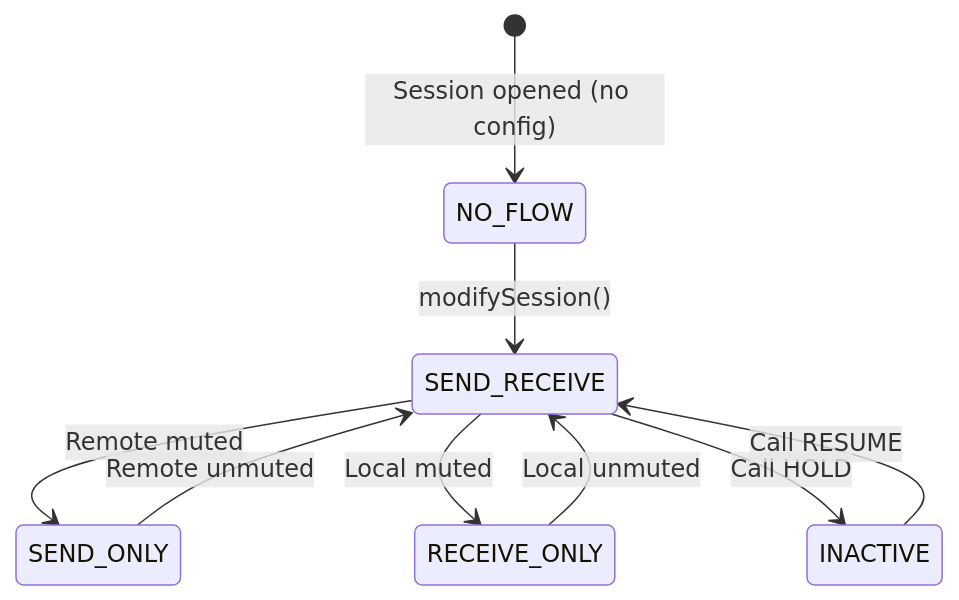
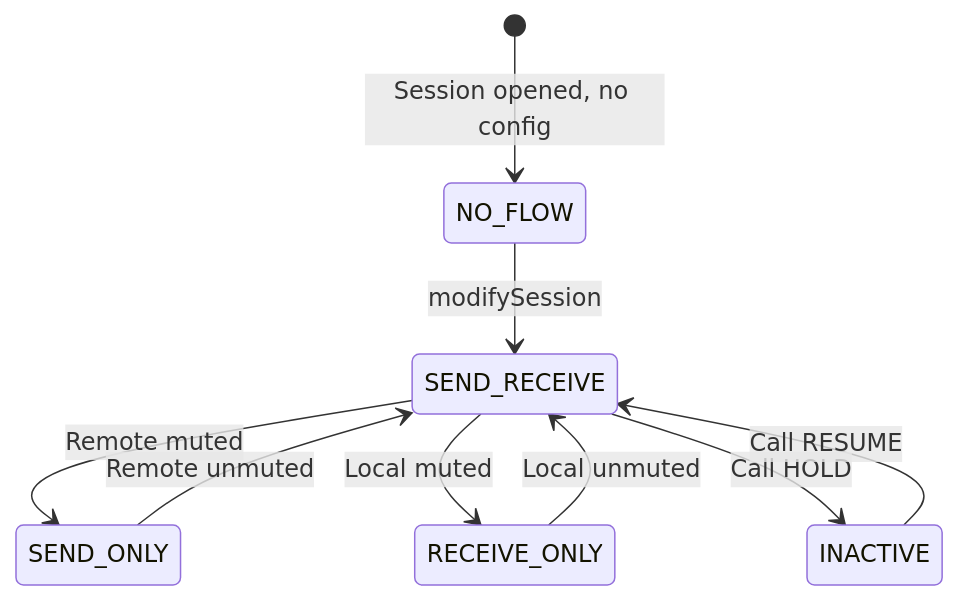
Diagram 41 of 46 in 36-telephony.md (fwrite0920/aosp-internal-book), drawn with Mermaid before and after one commit. The commit also changed other lines of this file and 13 other files, not shown here.

First line of the commit message:
Fix Mermaid diagrams and formatting in Parts VII-VIII (chapters 26-39)

````diff
--- a/36-telephony.md
+++ b/36-telephony.md
@@ -3974,11 +3974,11 @@
 ```mermaid
 stateDiagram-v2
-    [*] --> NO_FLOW : Session opened (no config)
-    NO_FLOW --> SEND_RECEIVE : modifySession()
+    [*] --> NO_FLOW : Session opened, no config
+    NO_FLOW --> SEND_RECEIVE : modifySession
     SEND_RECEIVE --> SEND_ONLY : Remote muted
     SEND_RECEIVE --> RECEIVE_ONLY : Local muted
     SEND_RECEIVE --> INACTIVE : Call HOLD
     INACTIVE --> SEND_RECEIVE : Call RESUME
     SEND_ONLY --> SEND_RECEIVE : Remote unmuted
     RECEIVE_ONLY --> SEND_RECEIVE : Local unmuted
 ```
````
